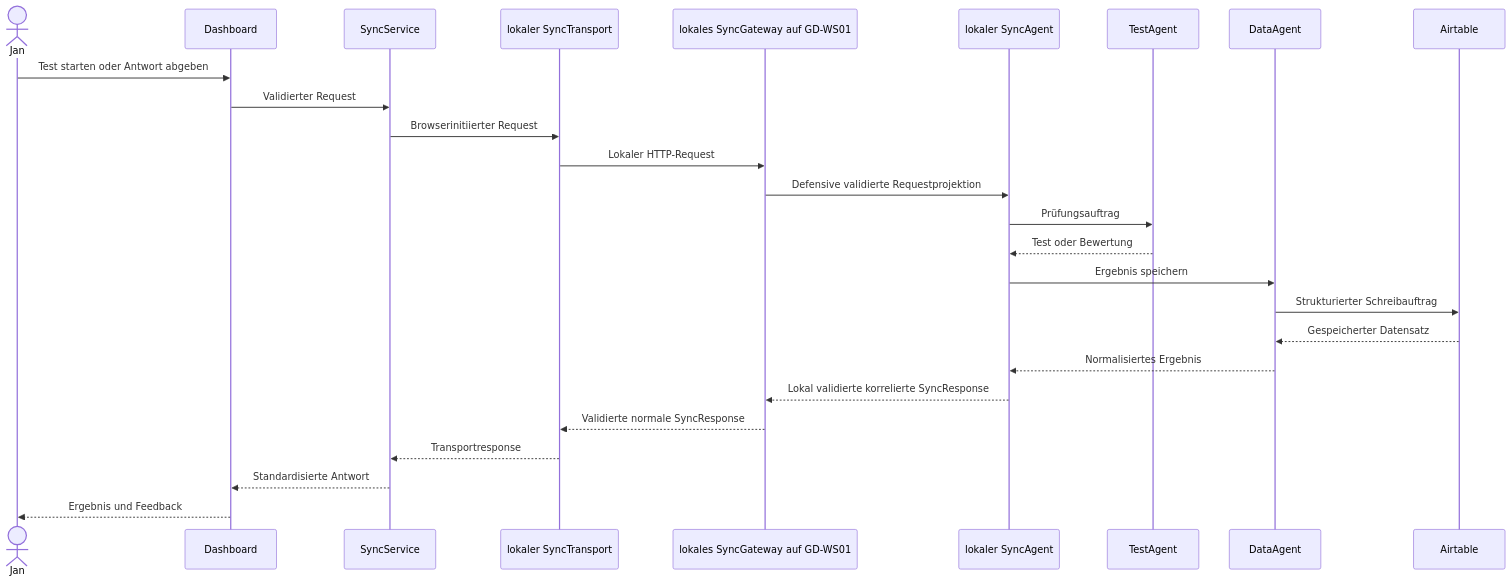
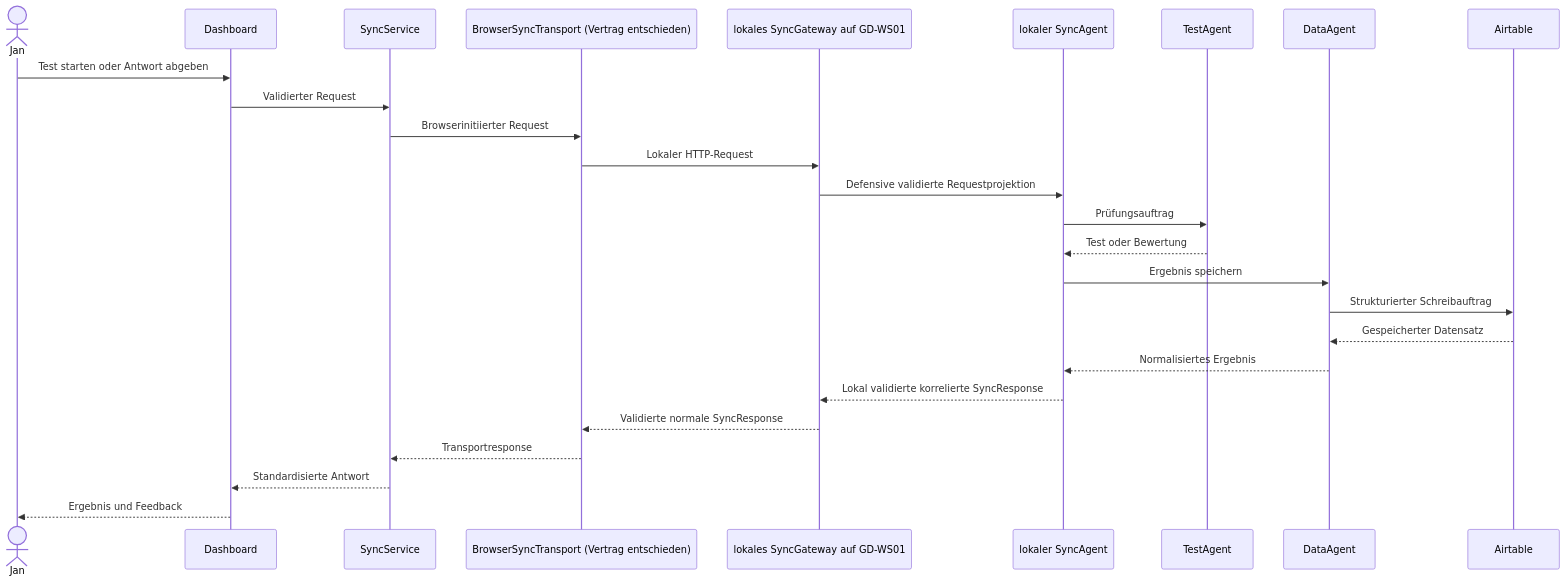
The second of 2 diagrams in docs/architecture.md (Varudan/goldendawn-os), drawn with Mermaid before and after one commit. The commit also changed other lines of this file and 8 other files, not shown here.

Commit message:
docs: adr-0026-browser-sync-transport-contract (#57)

````diff
--- a/docs/architecture.md
+++ b/docs/architecture.md
@@ -2278,29 +2569,29 @@
 ```mermaid
 sequenceDiagram
     actor User as Jan
     participant UI as Dashboard
     participant Service as SyncService
-    participant Transport as lokaler SyncTransport
+    participant Transport as BrowserSyncTransport (Vertrag entschieden)
     participant Gateway as lokales SyncGateway auf GD-WS01
     participant Sync as lokaler SyncAgent
     participant Test as TestAgent
     participant Data as DataAgent
     participant DB as Airtable
 
     User->>UI: Test starten oder Antwort abgeben
     UI->>Service: Validierter Request
     Service->>Transport: Browserinitiierter Request
     Transport->>Gateway: Lokaler HTTP-Request
     Gateway->>Sync: Defensive validierte Requestprojektion
     Sync->>Test: Prüfungsauftrag
     Test-->>Sync: Test oder Bewertung
     Sync->>Data: Ergebnis speichern
     Data->>DB: Strukturierter Schreibauftrag
     DB-->>Data: Gespeicherter Datensatz
     Data-->>Sync: Normalisiertes Ergebnis
     Sync-->>Gateway: Lokal validierte korrelierte SyncResponse
     Gateway-->>Transport: Validierte normale SyncResponse
     Transport-->>Service: Transportresponse
     Service-->>UI: Standardisierte Antwort
     UI-->>User: Ergebnis und Feedback
 ```
````
